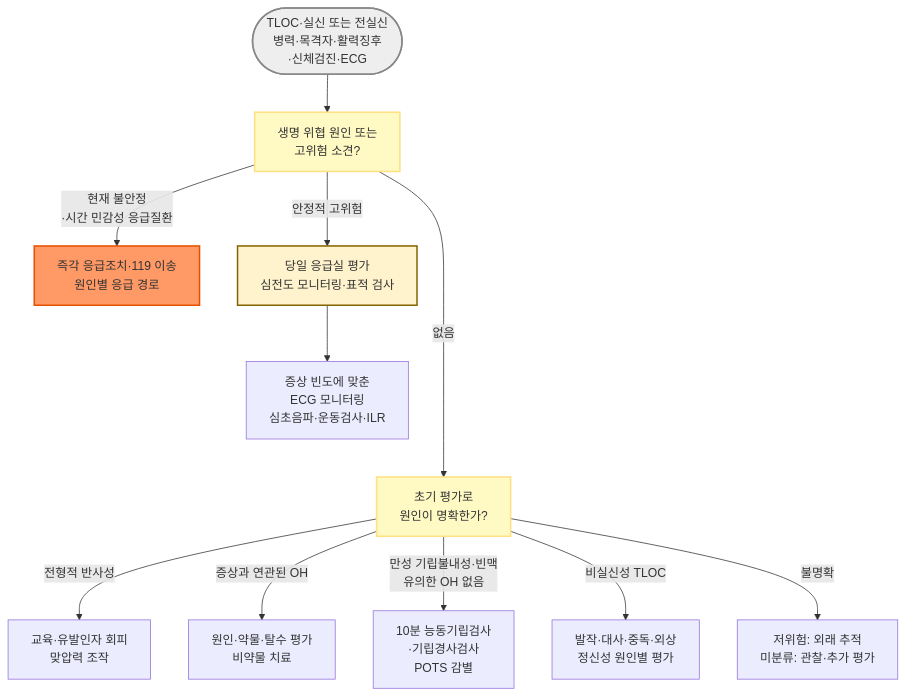
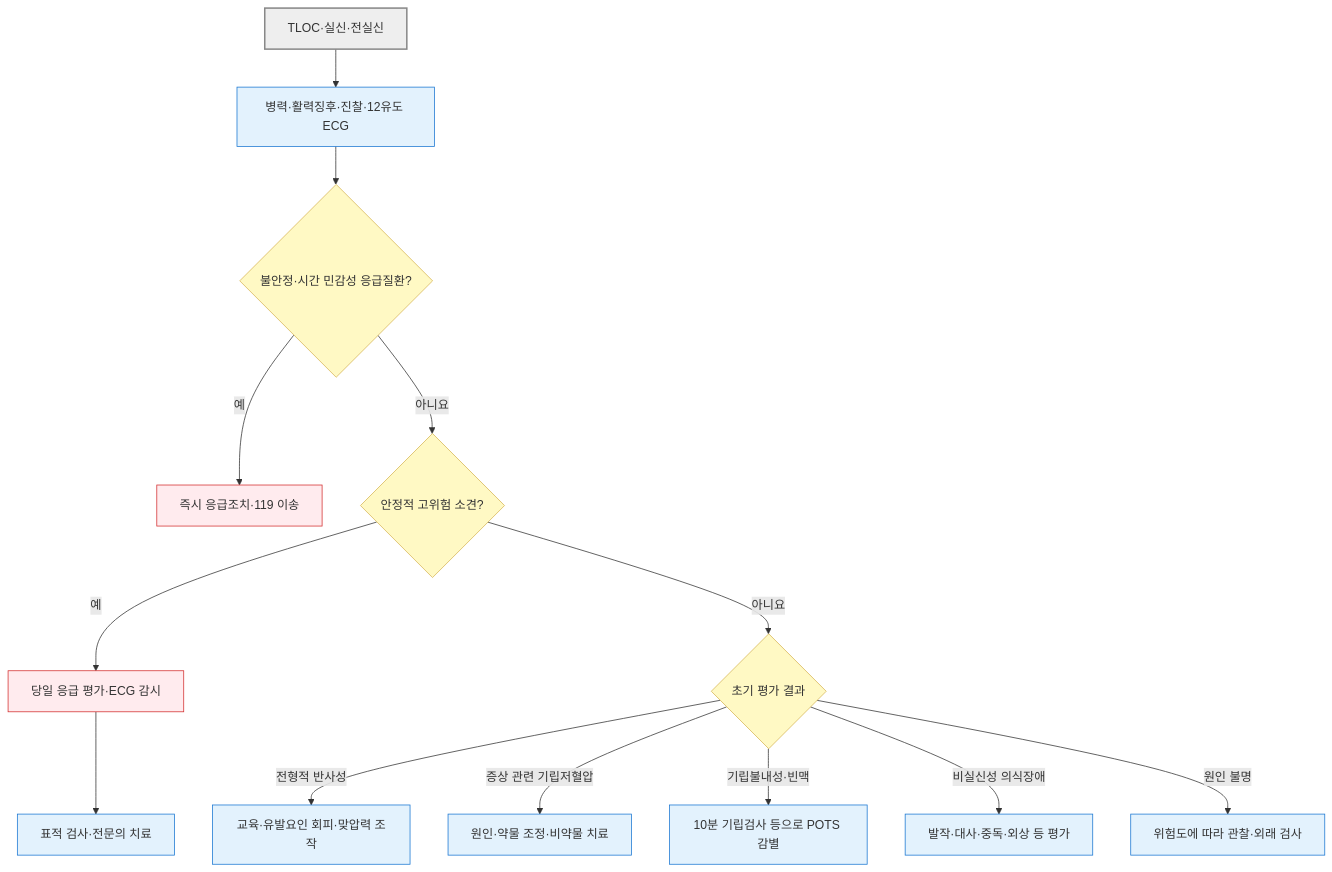
One commit to familyoh77/familyoh77 changed the diagram in 221_/021_-syncope.md. Above: the diagram before and after it, drawn with Mermaid. The commit also changed other lines of this file and 4 other files, not shown here.

````diff
--- a/221_/021_-syncope.md
+++ b/221_/021_-syncope.md
@@ -132,18 +132,23 @@
 ```mermaid
-graph TD
-    Start([TLOC·실신 또는 전실신<br/>병력·목격자·활력징후<br/>·신체검진·ECG]) --> S1["생명 위협 원인 또는<br/> 고위험 소견?"]
-    S1 -->|현재 불안정<br/>·시간 민감성 응급질환| Emergency[즉각 응급조치·119 이송<br/>원인별 응급 경로]
-    S1 -->|안정적 고위험| High[당일 응급실 평가<br/>심전도 모니터링·표적 검사]
-    S1 ---->|없음| S2["초기 평가로<br/>원인이 명확한가?"]
-    S2 -->|전형적 반사성| Reflex[교육·유발인자 회피<br/>맞압력 조작]
-    S2 -->|증상과 연관된 OH| Orthostatic[원인·약물·탈수 평가<br/>비약물 치료]
-    S2 -->|만성 기립불내성·빈맥<br/>유의한 OH 없음| POTS[10분 능동기립검사<br/>·기립경사검사<br/>POTS 감별]
-    S2 -->|비실신성 TLOC| Other[발작·대사·중독·외상<br/>정신성 원인별 평가]
-    S2 -->|불명확| Observe[저위험: 외래 추적<br/>미분류: 관찰·추가 평가]
-    High --> Monitor[증상 빈도에 맞춘 <br/>ECG 모니터링<br/>심초음파·운동검사·ILR]
-    style Emergency fill:#f96,stroke:#e65100,stroke-width:2px
-    style High fill:#fff3cd,stroke:#856404,stroke-width:2px
-    style Start fill:#eeeeee,stroke:#888888,stroke-width:2px
-    style S1 fill:#fff9c4,stroke:#ffe082,stroke-width:2px
-    style S2 fill:#fff9c4,stroke:#ffe082,stroke-width:2px
+flowchart TD
+    A["TLOC·실신·전실신"] --> B["병력·활력징후·진찰·12유도 ECG"]
+    B --> C{"불안정·시간 민감성 응급질환?"}
+    C -- "예" --> U["즉시 응급조치·119 이송"]
+    C -- "아니요" --> D{"안정적 고위험 소견?"}
+    D -- "예" --> H["당일 응급 평가·ECG 감시"]
+    D -- "아니요" --> E{"초기 평가 결과"}
+    E -- "전형적 반사성" --> R["교육·유발요인 회피·맞압력 조작"]
+    E -- "증상 관련 기립저혈압" --> O["원인·약물 조정·비약물 치료"]
+    E -- "기립불내성·빈맥" --> P["10분 기립검사 등으로 POTS 감별"]
+    E -- "비실신성 의식장애" --> N["발작·대사·중독·외상 등 평가"]
+    E -- "원인 불명" --> F["위험도에 따라 관찰·외래 검사"]
+    H --> M["표적 검사·전문의 치료"]
+    classDef start fill:#eee,stroke:#888,stroke-width:2px
+    classDef decision fill:#fff9c4,stroke:#d6b656
+    classDef process fill:#e3f2fd,stroke:#1976d2
+    classDef urgent fill:#ffebee,stroke:#d32f2f
+    class A start
+    class C,D,E decision
+    class B,R,O,P,N,F,M process
+    class U,H urgent
 ```
````
